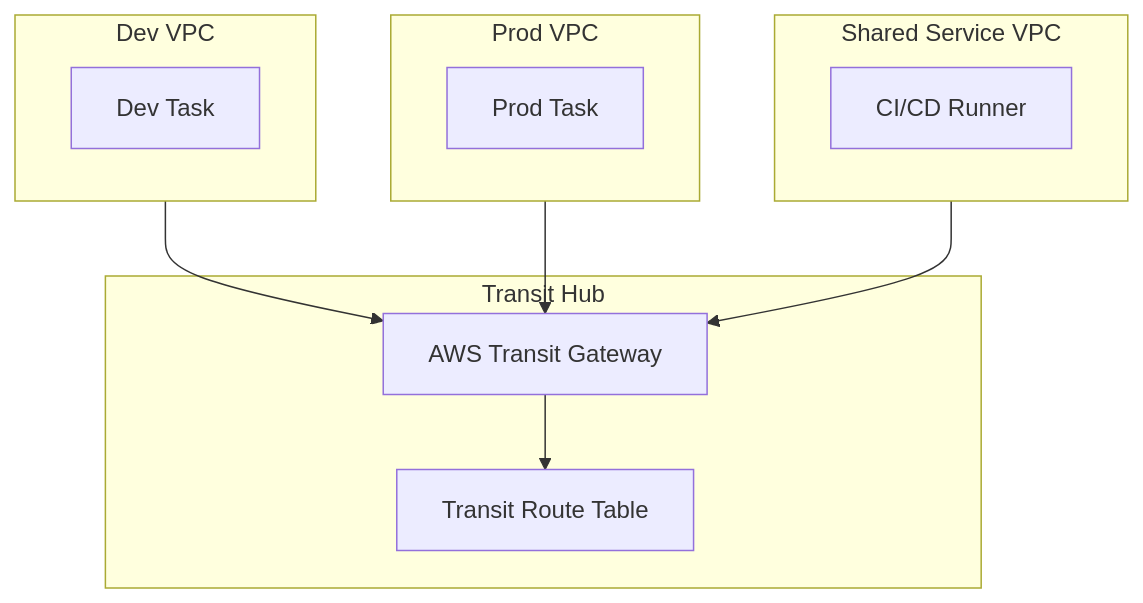
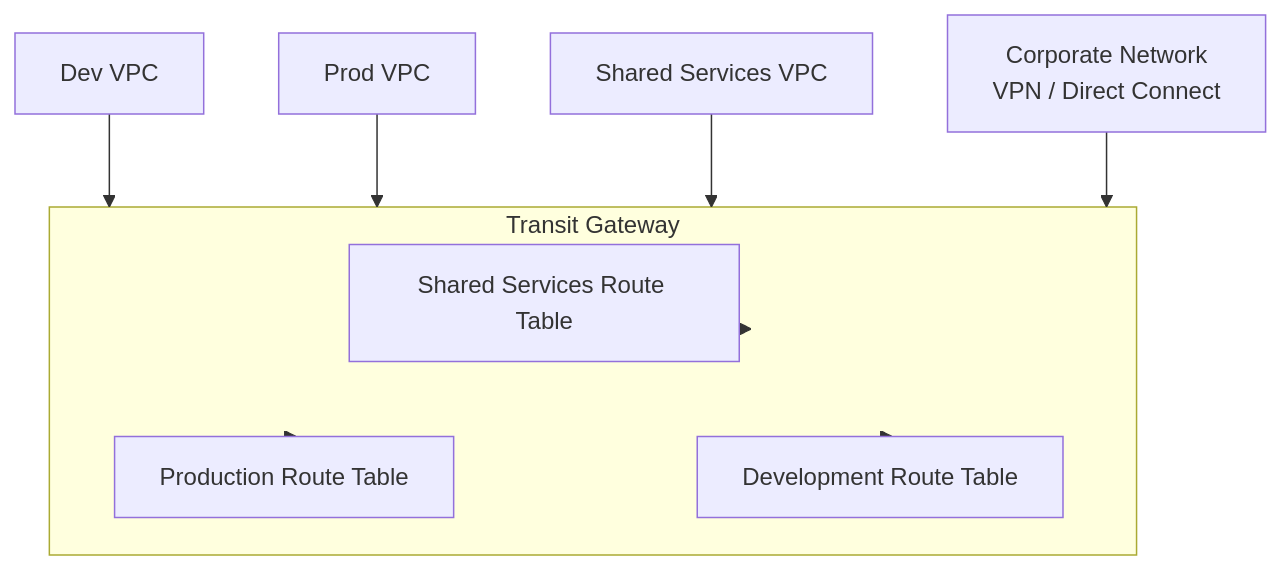
One commit to senlinyy/dev-roadmaps changed the fifth of 6 diagrams in cloud-providers/aws/networking-connectivity/03-connectivity-and-hybrid-networking.md. Above: the diagram before and after it, drawn with Mermaid. The commit also changed other lines of this file and 256 other files, not shown here.

````diff
--- a/cloud-providers/aws/networking-connectivity/03-connectivity-and-hybrid-networking.md
+++ b/cloud-providers/aws/networking-connectivity/03-connectivity-and-hybrid-networking.md
@@ -178,21 +256,21 @@
 ```mermaid
 flowchart TD
-    subgraph DevVPC["Dev VPC"]
-        WorkerDev["Dev Task"]
-    end
-    subgraph ProdVPC["Prod VPC"]
-        WorkerProd["Prod Task"]
-    end
-    subgraph TGWContainer["Transit Hub"]
-        Hub["AWS Transit Gateway"]
-        RouteTable["Transit Route Table"]
-    end
-    subgraph SharedVPC["Shared Service VPC"]
-        Runner["CI/CD Runner"]
+    subgraph TGW["Transit Gateway"]
+        SharedRT["Shared Services Route Table"]
+        ProdRT["Production Route Table"]
+        DevRT["Development Route Table"]
     end
 
-    DevVPC --> Hub
-    ProdVPC --> Hub
-    SharedVPC --> Hub
-    Hub --> RouteTable
+    Dev["Dev VPC"]
+    Prod["Prod VPC"]
+    Shared["Shared Services VPC"]
+    Corp["Corporate Network<br/>VPN / Direct Connect"]
+
+    Dev --> TGW
+    Prod --> TGW
+    Shared --> TGW
+    Corp --> TGW
+    TGW --> SharedRT
+    TGW --> ProdRT
+    TGW --> DevRT
 ```
````
